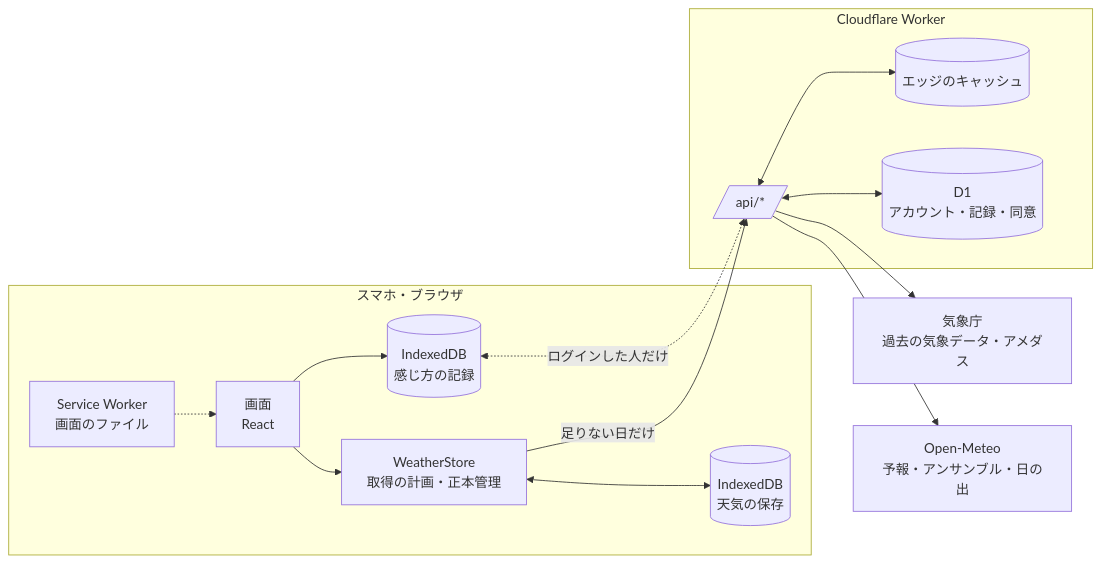
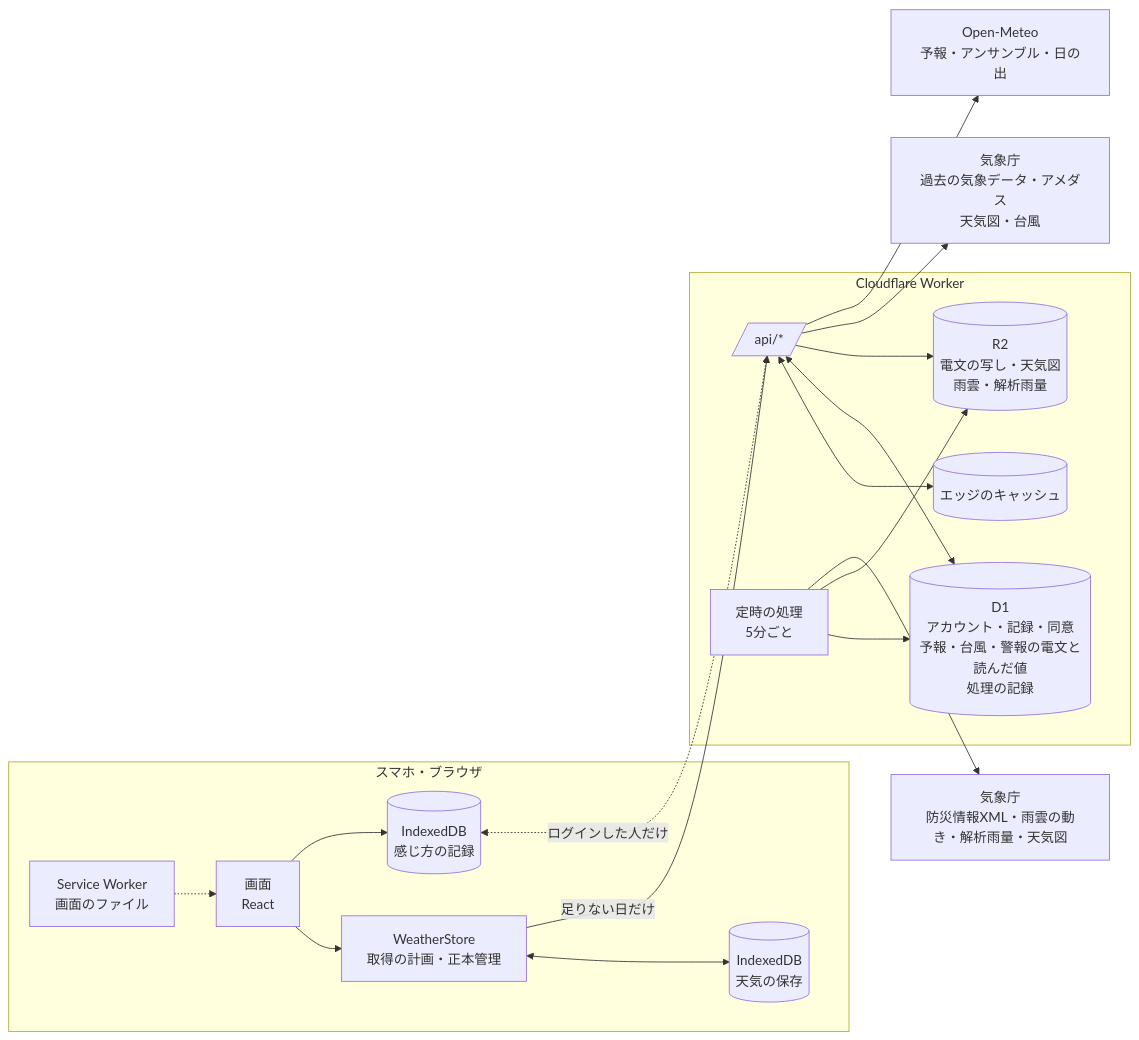
The diagram in README.md (Watanabe-Masao/weather-note-cf), drawn with Mermaid before and after one commit. The commit also changed other lines of this file and 1 other file, not shown here.

First line of the commit message:
資料：データの地図（外から取るもの・自前で貯めるもの・有効区間）を足し、README を今の仕様に合わせる

````diff
--- a/README.md
+++ b/README.md
@@ -31,17 +31,21 @@
 ```mermaid
 flowchart LR
   subgraph 端末[スマホ・ブラウザ]
     UI[画面<br/>React] --> Store[WeatherStore<br/>取得の計画・正本管理]
     Store <--> IDB[(IndexedDB<br/>天気の保存)]
     UI --> Reports[(IndexedDB<br/>感じ方の記録)]
     SW[Service Worker<br/>画面のファイル] -.-> UI
   end
   subgraph CF[Cloudflare Worker]
     API[/api/*/] <--> Edge[(エッジのキャッシュ)]
-    API <--> D1[(D1<br/>アカウント・記録・同意)]
+    API <--> D1[(D1<br/>アカウント・記録・同意<br/>予報・台風・警報の電文と読んだ値<br/>処理の記録)]
+    Cron[定時の処理<br/>5分ごと] --> D1
+    Cron --> R2[(R2<br/>電文の写し・天気図<br/>雨雲・解析雨量)]
+    API --> R2
   end
   Reports <-. ログインした人だけ .-> API
   Store -- 足りない日だけ --> API
-  API --> JMA[気象庁<br/>過去の気象データ・アメダス]
+  API --> JMA[気象庁<br/>過去の気象データ・アメダス<br/>天気図・台風]
   API --> OM[Open-Meteo<br/>予報・アンサンブル・日の出]
+  Cron --> XML[気象庁<br/>防災情報XML・雨雲の動き・解析雨量・天気図]
 ```
````
